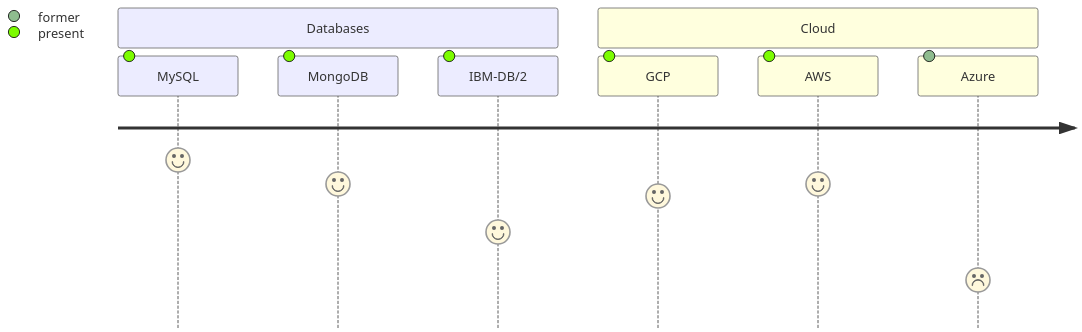
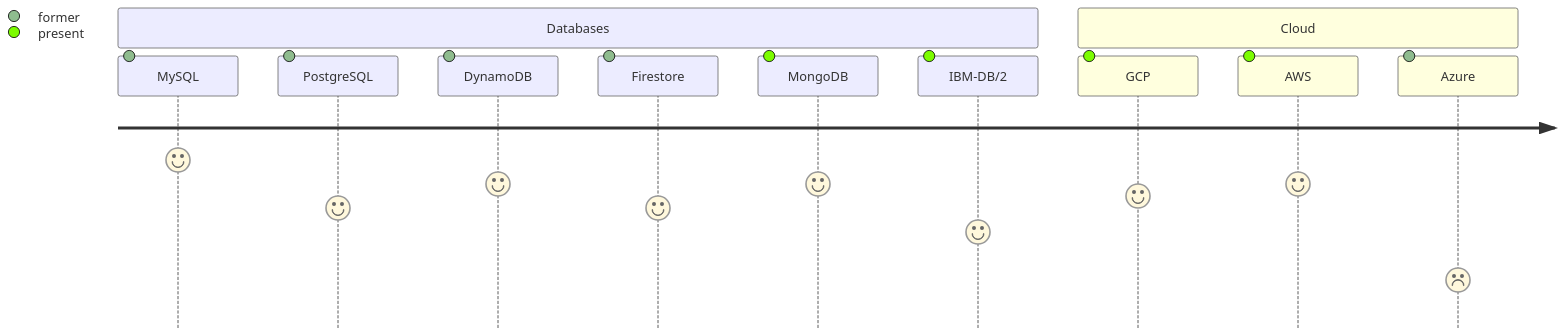
Before and after one commit to Lostbrokenkey/Lostbrokenkey: the second of 3 diagrams in README.md, drawn with Mermaid.

Commit message:
update skills

````diff
--- a/README.md
+++ b/README.md
@@ -38,12 +38,15 @@
 ```mermaid
 journey
     section Databases
-      MySQL: 7: present
+      MySQL: 7: former
+      PostgreSQL: 5: former
+      DynamoDB: 6: former
+      Firestore: 5: former
       MongoDB: 6: present
       IBM-DB/2: 4: present
 
     section Cloud
       GCP: 5.5: present
       AWS: 6: present
       Azure: 2: former
 ```
````
